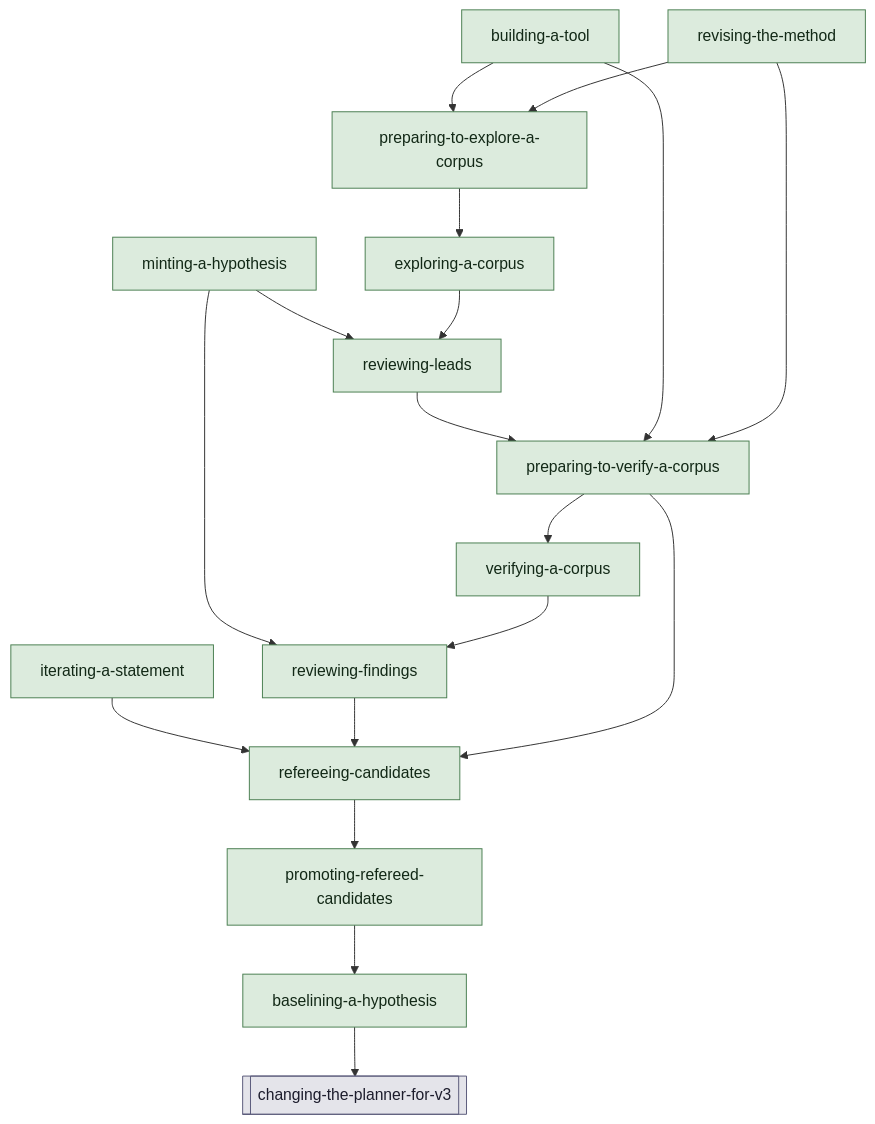
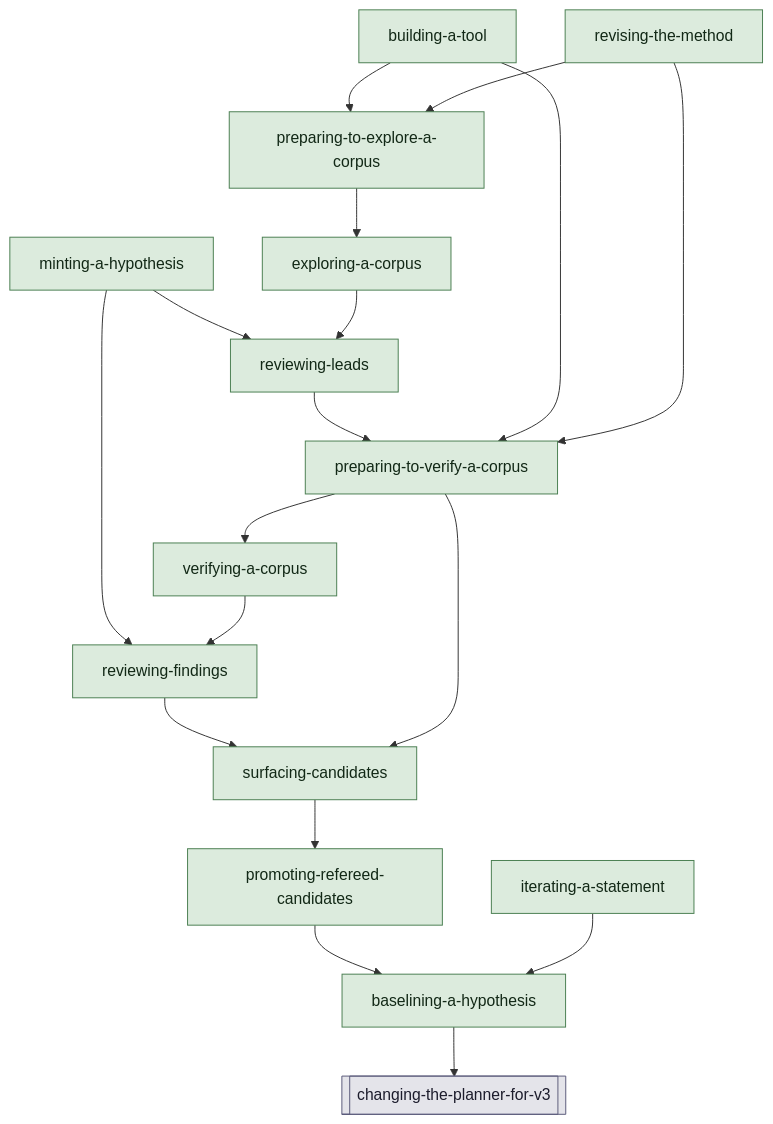
One commit to bc414/StoryPlanner changed the first of 15 diagrams in .claude/skills/v3-buildout-2/map.md. Above: the diagram before and after it, drawn with Mermaid. The commit also changed other lines of this file and 18 other files, not shown here.

````diff
--- a/.claude/skills/v3-buildout-2/map.md
+++ b/.claude/skills/v3-buildout-2/map.md
@@ -7,41 +7,41 @@
 ```mermaid
 flowchart TD
   classDef hitl fill:#e9d8e4,stroke:#7a3e6d,color:#2b1a27
   classDef session fill:#dce6f0,stroke:#3b5b7c,color:#14202c
   classDef agent fill:#f5e6c8,stroke:#b7791f,color:#3a2a08
   classDef artifact fill:#f6f6f4,stroke:#8a94a0,color:#2a2f36
   classDef activity fill:#dcebdd,stroke:#4b7f52,color:#122816
   classDef terminus fill:#e4e4ea,stroke:#5b5b7a,color:#1c1c2c
   changingtheplannerforv3[["changing-the-planner-for-v3"]]:::terminus
   baseliningahypothesis["baselining-a-hypothesis"]:::activity
   promotingrefereedcandidates["promoting-refereed-candidates"]:::activity
   iteratingastatement["iterating-a-statement"]:::activity
   mintingahypothesis["minting-a-hypothesis"]:::activity
-  refereeingcandidates["refereeing-candidates"]:::activity
+  surfacingcandidates["surfacing-candidates"]:::activity
   reviewingfindings["reviewing-findings"]:::activity
   verifyingacorpus["verifying-a-corpus"]:::activity
   preparingtoverifyacorpus["preparing-to-verify-a-corpus"]:::activity
   reviewingleads["reviewing-leads"]:::activity
   exploringacorpus["exploring-a-corpus"]:::activity
   preparingtoexploreacorpus["preparing-to-explore-a-corpus"]:::activity
   buildingatool["building-a-tool"]:::activity
   revisingthemethod["revising-the-method"]:::activity
 
   baseliningahypothesis --> changingtheplannerforv3
   promotingrefereedcandidates --> baseliningahypothesis
-  iteratingastatement --> refereeingcandidates
+  iteratingastatement --> baseliningahypothesis
   mintingahypothesis --> reviewingleads
   mintingahypothesis --> reviewingfindings
-  refereeingcandidates --> promotingrefereedcandidates
-  reviewingfindings --> refereeingcandidates
+  surfacingcandidates --> promotingrefereedcandidates
+  reviewingfindings --> surfacingcandidates
   verifyingacorpus --> reviewingfindings
   preparingtoverifyacorpus --> verifyingacorpus
-  preparingtoverifyacorpus --> refereeingcandidates
+  preparingtoverifyacorpus --> surfacingcandidates
   reviewingleads --> preparingtoverifyacorpus
   exploringacorpus --> reviewingleads
   preparingtoexploreacorpus --> exploringacorpus
   buildingatool --> preparingtoexploreacorpus
   buildingatool --> preparingtoverifyacorpus
   revisingthemethod --> preparingtoexploreacorpus
   revisingthemethod --> preparingtoverifyacorpus
 ```
````
